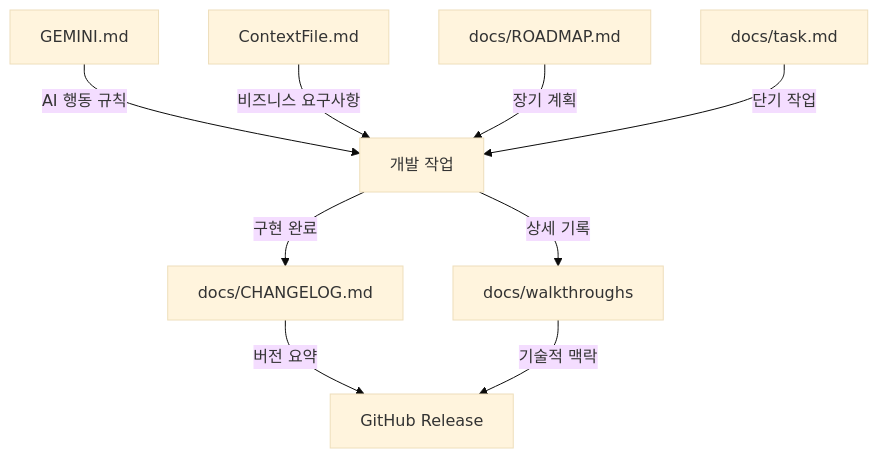
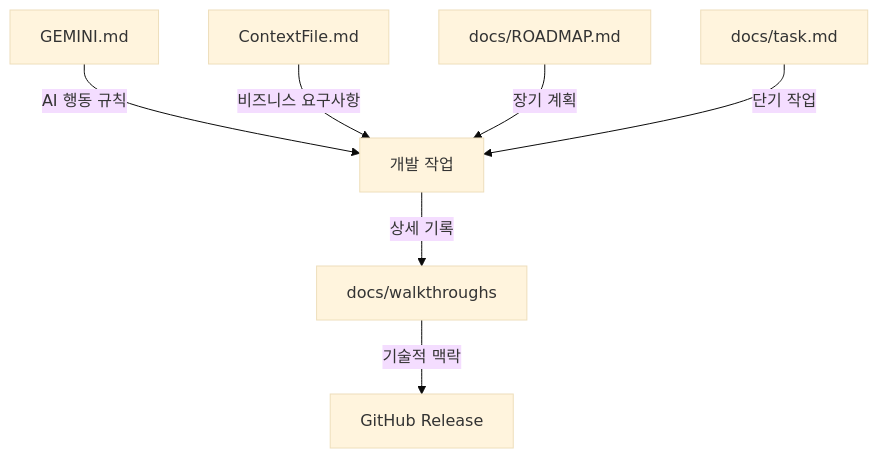
The second of 2 diagrams in README.md (deuxksy/today-vn-news), drawn with Mermaid (base theme) before and after one commit. The commit also changed other lines of this file and 5 other files, not shown here.

````diff
--- a/README.md
+++ b/README.md
@@ -117,11 +116,9 @@
 ```mermaid
 graph TB
     A[GEMINI.md] -->|AI 행동 규칙| B[개발 작업]
     C[ContextFile.md] -->|비즈니스 요구사항| B
     D[docs/ROADMAP.md] -->|장기 계획| B
     E[docs/task.md] -->|단기 작업| B
-    B -->|구현 완료| F[docs/CHANGELOG.md]
     B -->|상세 기록| G[docs/walkthroughs]
-    F -->|버전 요약| H[GitHub Release]
-    G -->|기술적 맥락| H
+    G -->|기술적 맥락| H[GitHub Release]
 ```
````
